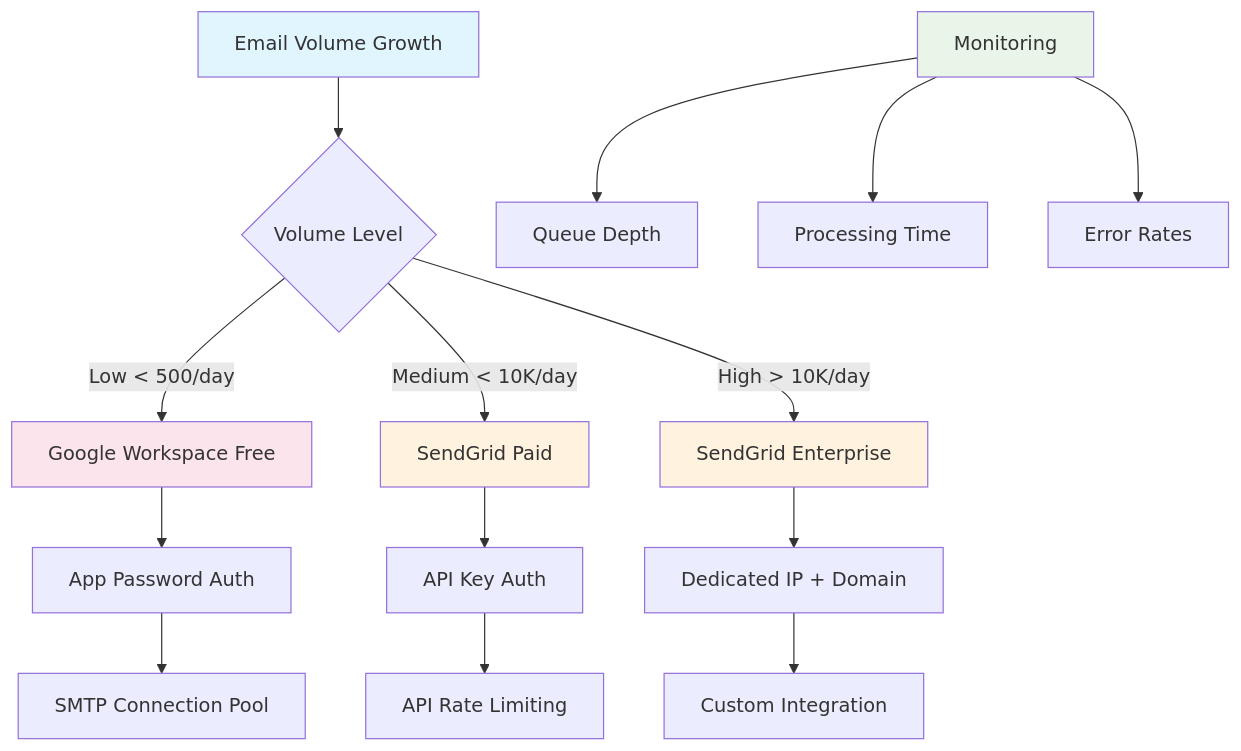
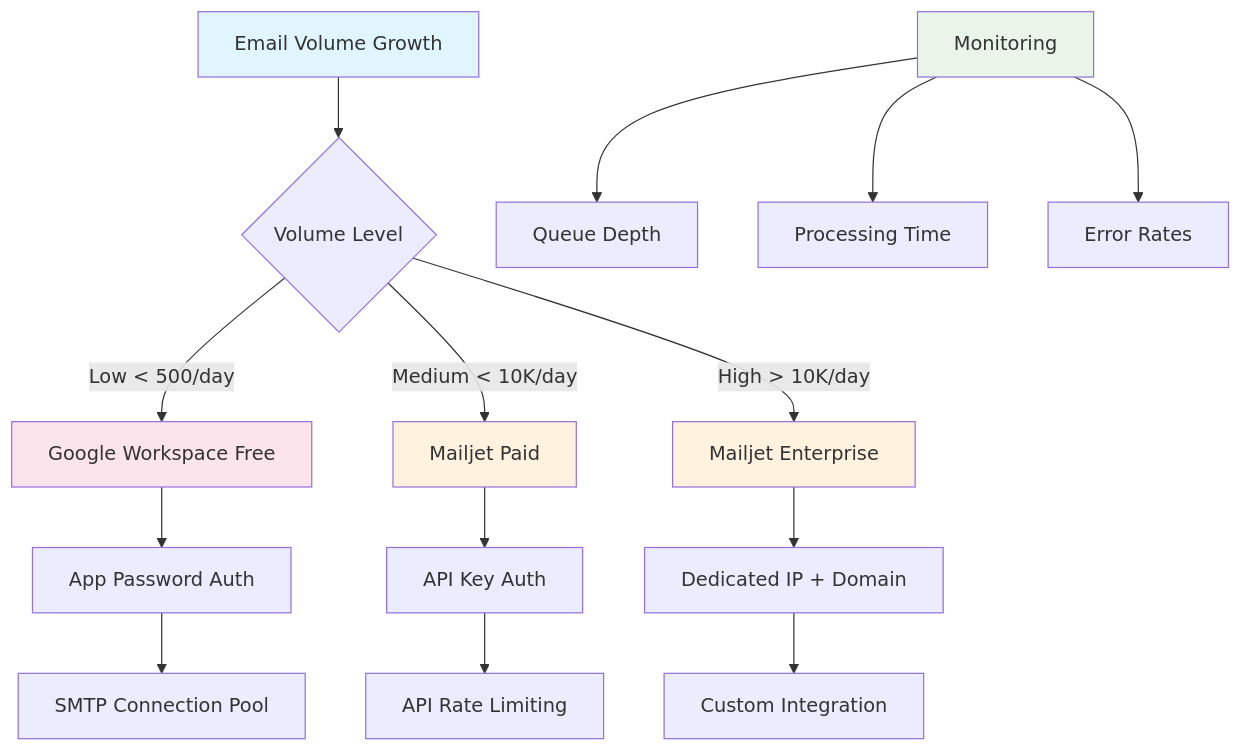
One commit to josephnguyen-macusaone/abc-dashboard changed the tenth of 15 diagrams in backend/docs/guides/email-service-overview.md. Above: the diagram before and after it, drawn with Mermaid. The commit also changed other lines of this file and 141 other files, not shown here.

````diff
--- a/backend/docs/guides/email-service-overview.md
+++ b/backend/docs/guides/email-service-overview.md
@@ -366,26 +279,26 @@
 ```mermaid
 flowchart TD
     A[Email Volume Growth] --> B{Volume Level}
 
     B -->|Low < 500/day| C[Google Workspace Free]
-    B -->|Medium < 10K/day| D[SendGrid Paid]
-    B -->|High > 10K/day| E[SendGrid Enterprise]
+    B -->|Medium < 10K/day| D[Mailjet Paid]
+    B -->|High > 10K/day| E[Mailjet Enterprise]
 
     C --> F[App Password Auth]
     D --> G[API Key Auth]
     E --> H[Dedicated IP + Domain]
 
     F --> I[SMTP Connection Pool]
     G --> J[API Rate Limiting]
     H --> K[Custom Integration]
 
     L[Monitoring] --> M[Queue Depth]
     L --> N[Processing Time]
     L --> O[Error Rates]
 
     style A fill:#e1f5fe
     style C fill:#fce4ec
     style D fill:#fff3e0
     style E fill:#fff3e0
     style L fill:#e8f5e8
 ```
````
